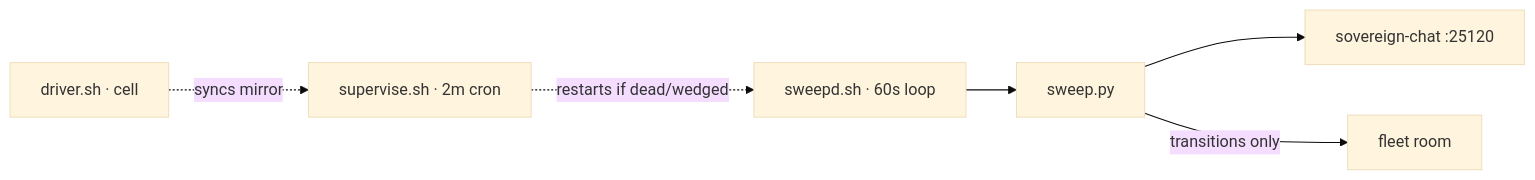
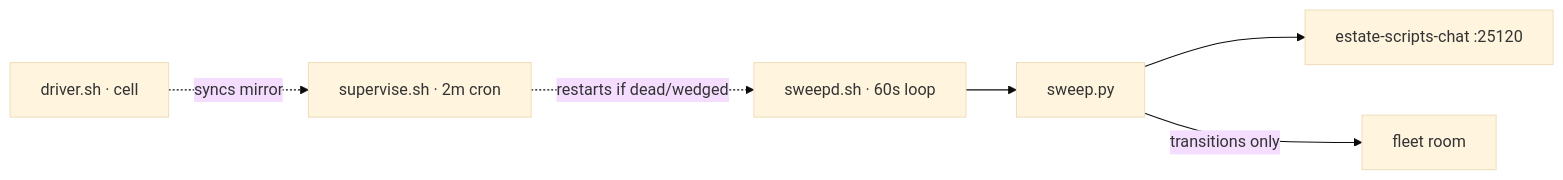
The diagram in fleet-ops/fleet-watchdog/README.md (toxicwind/ranch), drawn with Mermaid (base theme) before and after one commit. The commit also changed other lines of this file and 633 other files, not shown here.

````diff
--- a/fleet-ops/fleet-watchdog/README.md
+++ b/fleet-ops/fleet-watchdog/README.md
@@ -14,8 +14,8 @@
 ```mermaid
 flowchart LR
     sweepd[sweepd.sh · 60s loop] --> sweep[sweep.py]
-    sweep --> chat[sovereign-chat :25120]
+    sweep --> chat[estate-scripts-chat :25120]
     sweep -->|transitions only| fleet[fleet room]
     sup[supervise.sh · 2m cron] -.->|restarts if dead/wedged| sweepd
     driver[driver.sh · cell] -.->|syncs mirror| sup
 ```
````
